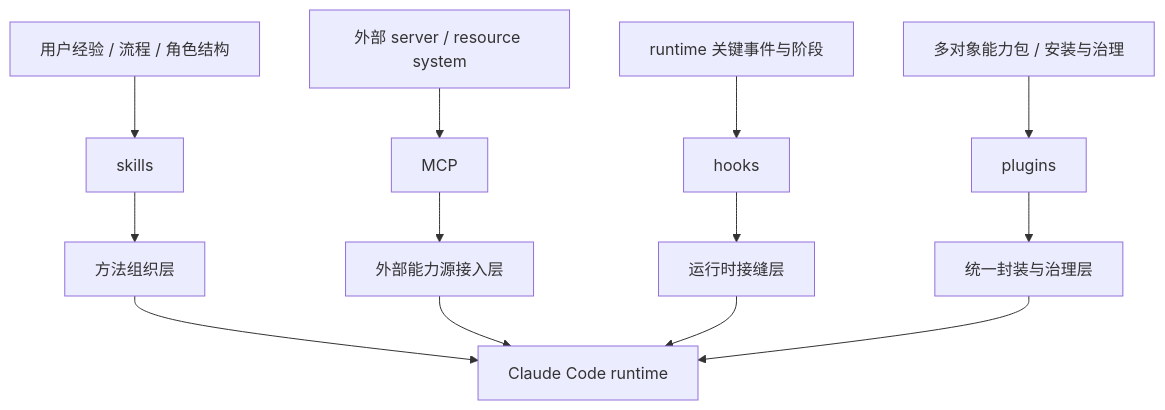
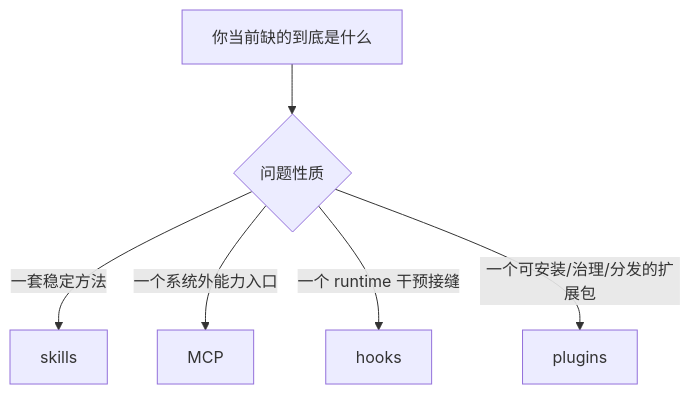
Before and after one commit to T0UGH/claude-code-source-guide: the diagram in docs/guidebookv2/volume-5/11-how-mcp-relates-to-skills-hooks-and-plugins.md, drawn with Mermaid. The commit also changed other lines of this file and 8 other files, not shown here.

````diff
--- a/docs/guidebookv2/volume-5/11-how-mcp-relates-to-skills-hooks-and-plugins.md
+++ b/docs/guidebookv2/volume-5/11-how-mcp-relates-to-skills-hooks-and-plugins.md
@@ -96,17 +58,8 @@
 ```mermaid
 flowchart TD
-    A[用户经验 / 流程 / 角色结构] --> S[skills]
-    B[外部 server / resource system] --> M[MCP]
-    C[runtime 关键事件与阶段] --> H[hooks]
-    D[多对象能力包 / 安装与治理] --> P[plugins]
-
-    S --> S1[方法组织层]
-    M --> M1[外部能力源接入层]
-    H --> H1[运行时接缝层]
-    P --> P1[统一封装与治理层]
-
-    S1 --> R[Claude Code runtime]
-    M1 --> R
-    H1 --> R
-    P1 --> R
+    A[你当前缺的到底是什么] --> B{问题性质}
+    B -- 一套稳定方法 --> S[skills]
+    B -- 一个系统外能力入口 --> M[MCP]
+    B -- 一个 runtime 干预接缝 --> H[hooks]
+    B -- 一个可安装/治理/分发的扩展包 --> P[plugins]
 ```
````
